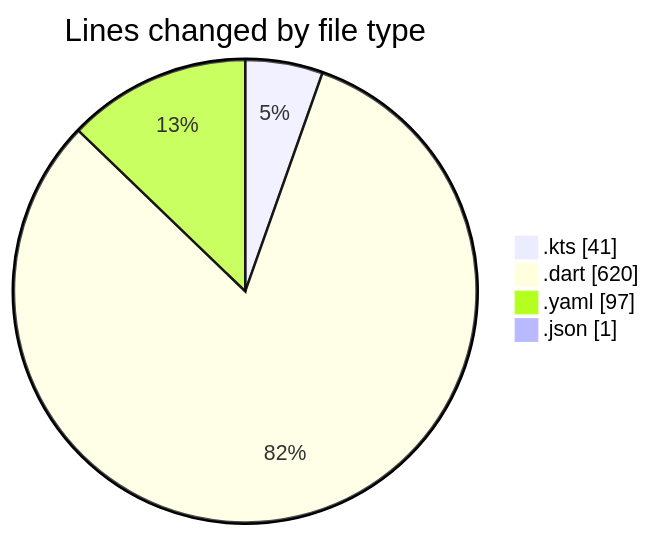
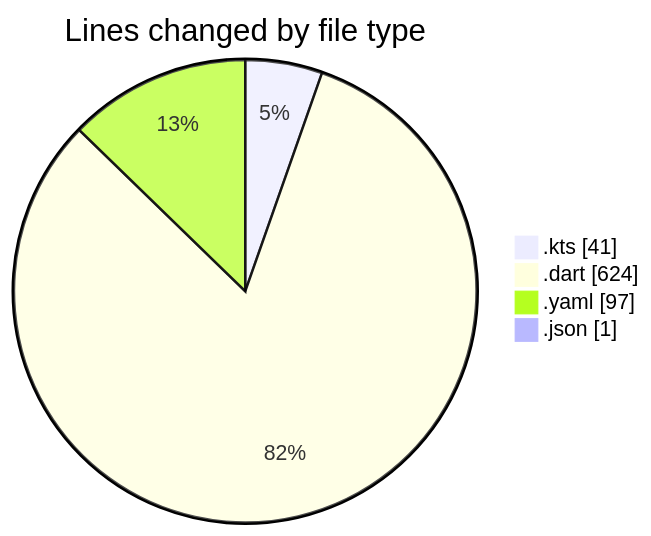
The first of 2 diagrams in 2025-10-20/weather_insights_app/README.md (donsfak/code-tracking), drawn with Mermaid before and after one commit. The commit also changed other lines of this file and 1 other file, not shown here.

````diff
--- a/2025-10-20/weather_insights_app/README.md
+++ b/2025-10-20/weather_insights_app/README.md
@@ -26,8 +26,8 @@
 ```mermaid
 pie showData
 title Lines changed by file type
 ".kts" : 41
-".dart" : 620
+".dart" : 624
 ".yaml" : 97
 ".json" : 1
 ```
````
